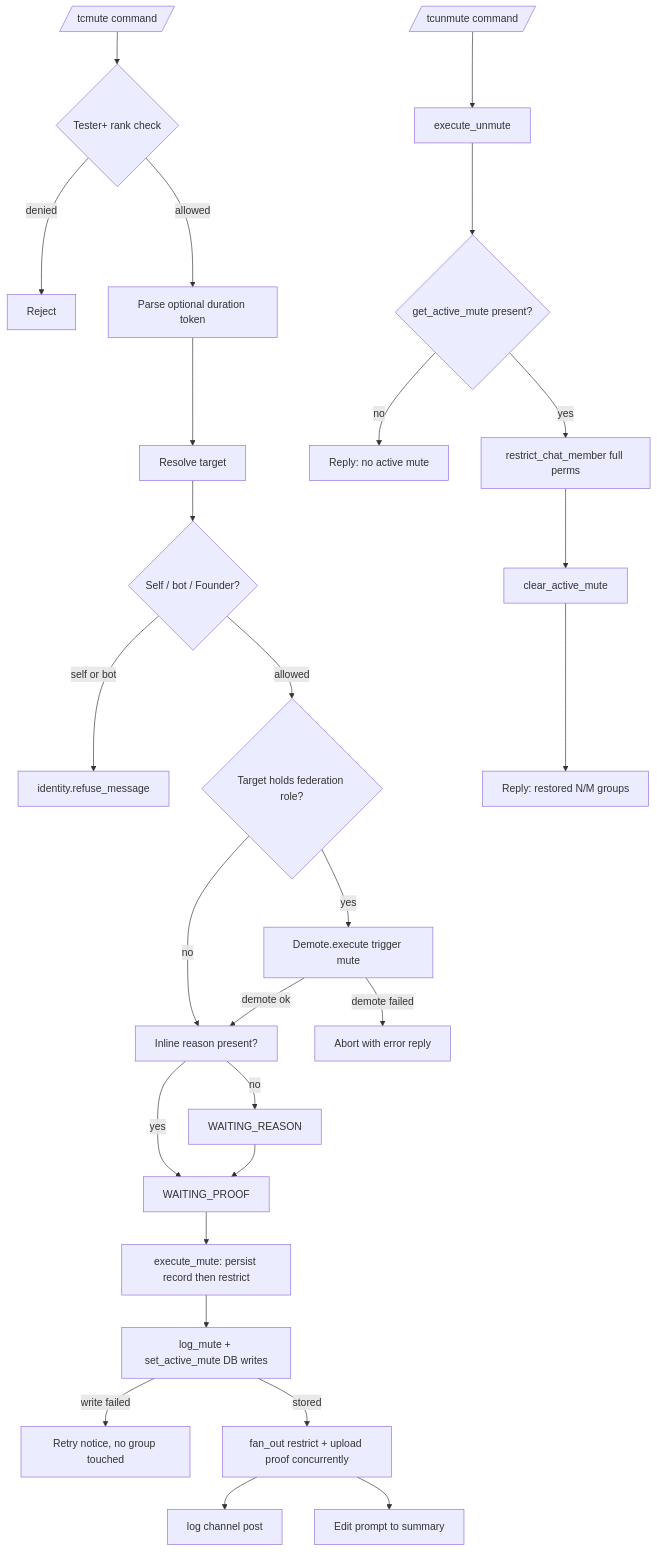
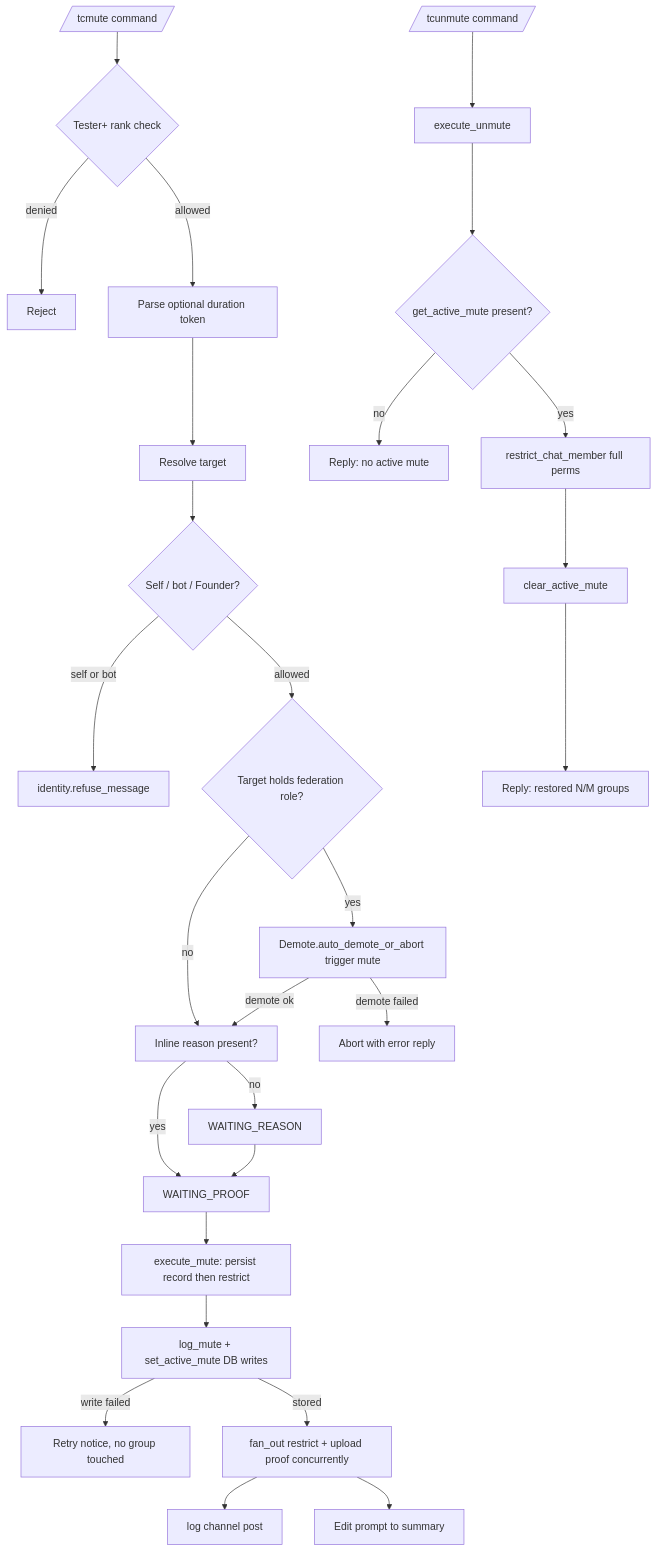
The diagram in docs/features/moderation/muting.md (D1ZZY4/tcbot), drawn with Mermaid before and after one commit. The commit also changed other lines of this file and 25 other files, not shown here.

````diff
--- a/docs/features/moderation/muting.md
+++ b/docs/features/moderation/muting.md
@@ -11,29 +11,29 @@
 ```mermaid
 flowchart TD
     Cmd[/tcmute command/] --> Perm{Tester+ rank check}
     Perm -->|denied| End1[Reject]
     Perm -->|allowed| Duration[Parse optional duration token]
     Duration --> Target[Resolve target]
     Target --> Ident{Self / bot / Founder?}
     Ident -->|self or bot| Refuse[identity.refuse_message]
     Ident -->|allowed| RoleCheck{Target holds federation role?}
-    RoleCheck -->|yes| AutoDemote[Demote.execute trigger mute]
+    RoleCheck -->|yes| AutoDemote[Demote.auto_demote_or_abort trigger mute]
     RoleCheck -->|no| ReasonStep
     AutoDemote -->|demote failed| Abort[Abort with error reply]
     AutoDemote -->|demote ok| ReasonStep[Inline reason present?]
     ReasonStep -->|yes| ProofStep[WAITING_PROOF]
     ReasonStep -->|no| ReasonPrompt[WAITING_REASON]
     ReasonPrompt --> ProofStep
     ProofStep --> Exec[execute_mute: persist record then restrict]
     Exec --> Store[log_mute + set_active_mute DB writes]
     Store -->|write failed| AbortM[Retry notice, no group touched]
     Store -->|stored| FanOut[fan_out restrict + upload proof concurrently]
     FanOut --> Log[log channel post]
     FanOut --> Reply[Edit prompt to summary]
     Unmute[/tcunmute command/] --> ExecU[execute_unmute]
     ExecU --> Guard{get_active_mute present?}
     Guard -->|no| NoMute[Reply: no active mute]
     Guard -->|yes| Restore[restrict_chat_member full perms]
     Restore --> Clear[clear_active_mute]
     Clear --> ReplyU[Reply: restored N/M groups]
 ```
````
